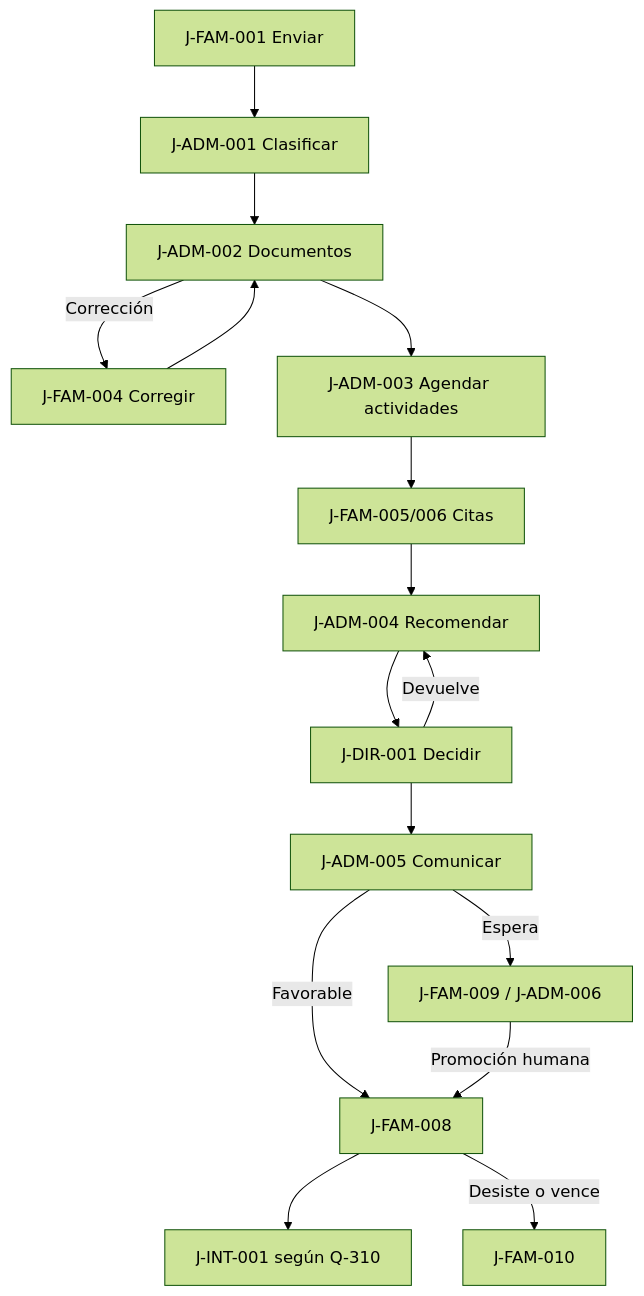
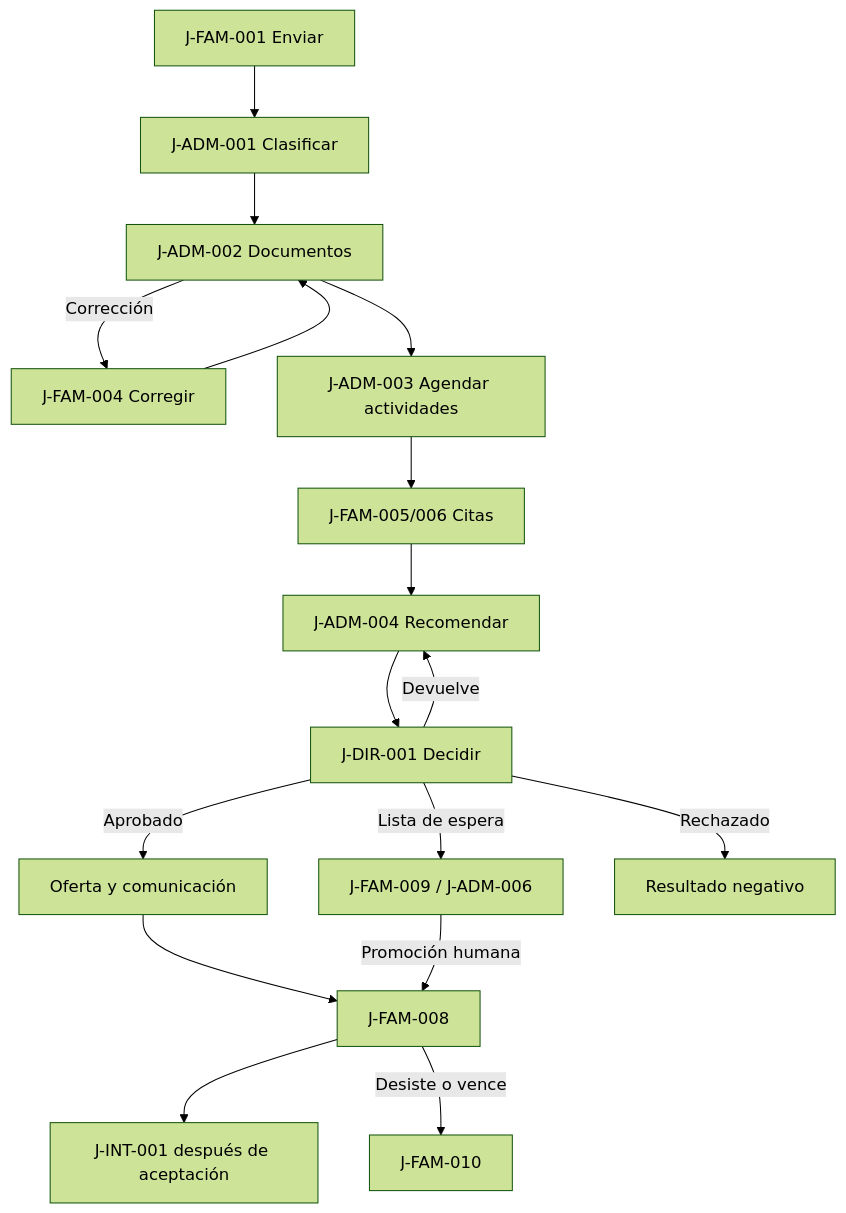
Before and after one commit to Sherydans12/Admision-Edupay: the diagram in docs/e1/02-user-journeys.md, drawn with Mermaid (forest theme). The commit also changed other lines of this file and 19 other files, not shown here.

````diff
--- a/docs/e1/02-user-journeys.md
+++ b/docs/e1/02-user-journeys.md
@@ -321,18 +330,19 @@
 ```mermaid
 flowchart TD
     F1["J-FAM-001 Enviar"] --> A1["J-ADM-001 Clasificar"]
     A1 --> A2["J-ADM-002 Documentos"]
     A2 -->|Corrección| F4["J-FAM-004 Corregir"]
     F4 --> A2
     A2 --> A3["J-ADM-003 Agendar actividades"]
     A3 --> F5["J-FAM-005/006 Citas"]
     F5 --> A4["J-ADM-004 Recomendar"]
     A4 --> D1["J-DIR-001 Decidir"]
     D1 -->|Devuelve| A4
-    D1 --> C1["J-ADM-005 Comunicar"]
-    C1 -->|Espera| W1["J-FAM-009 / J-ADM-006"]
-    C1 -->|Favorable| F8["J-FAM-008"]
+    D1 -->|Lista de espera| W1["J-FAM-009 / J-ADM-006"]
+    D1 -->|Aprobado| O1["Oferta y comunicación"]
+    D1 -->|Rechazado| R1["Resultado negativo"]
+    O1 --> F8["J-FAM-008"]
     W1 -->|Promoción humana| F8
-    F8 --> I1["J-INT-001 según Q-310"]
+    F8 --> I1["J-INT-001 después de aceptación"]
     F8 -->|Desiste o vence| F10["J-FAM-010"]
 ```
````
